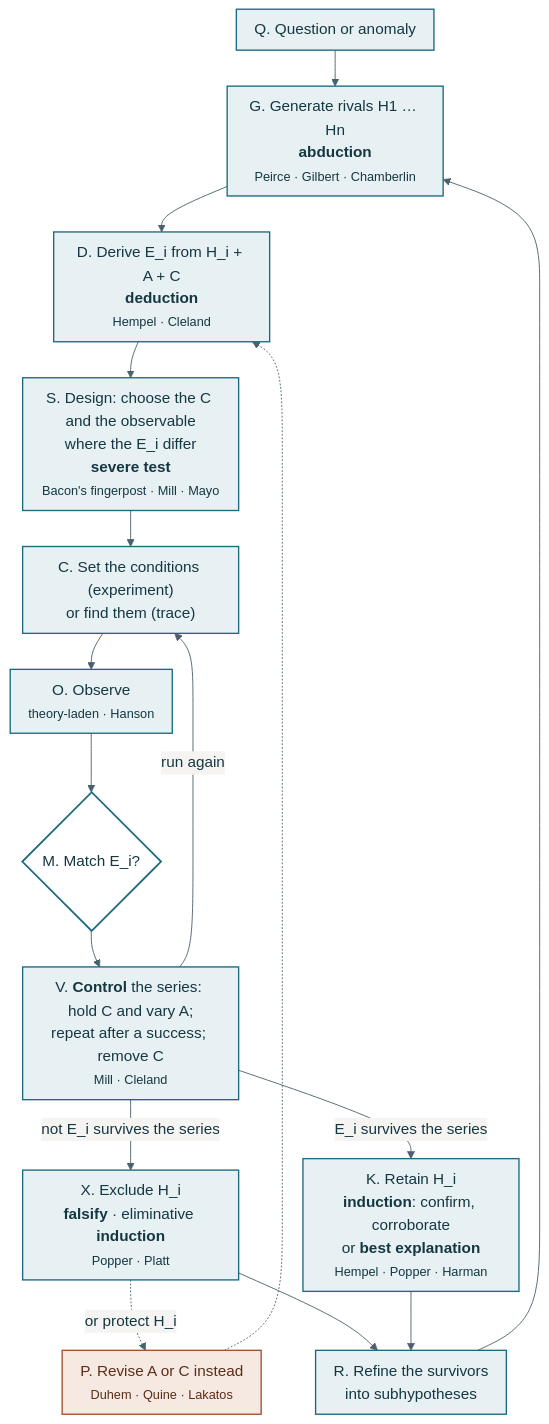
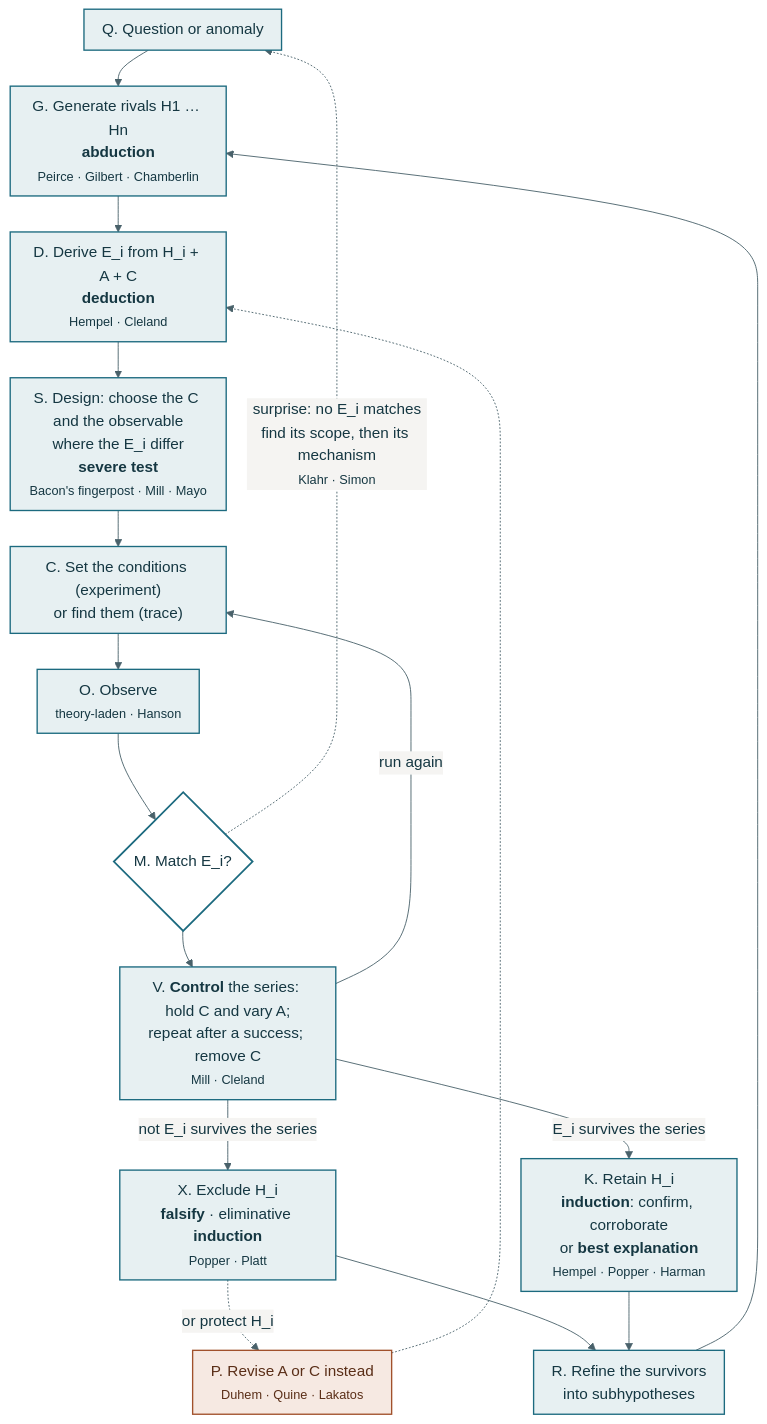
Before and after one commit to Denolle-Lab/metascience-and-AI: the diagram in unit.qmd, drawn with Mermaid. The commit also changed other lines of this file and 8 other files, not shown here.

First line of the commit message:
Graph v0.3 from Klahr and Simon 1999: the starting state, a sixth entry state, the surprise edge, and the search spaces on the nodes; skill 0.2.2; meeting 1 attributions corrected

````diff
--- a/unit.qmd
+++ b/unit.qmd
@@ -112,28 +136,29 @@
 ```{mermaid}
 %%| label: fig-unit
-%%| fig-cap: "The unit of inquiry as a workflow. Solid arrows are one pass; V is the control series Cleland says is the real unit of experimental work, and its loop back to C is where most laboratory time goes; the dashed arrow is the Duhem escape, revising an auxiliary or a condition instead of the hypothesis. Node letters are used in the tables below and in every meeting's ledger row."
+%%| fig-cap: "The unit of inquiry as a workflow. Solid arrows are one pass; V is the control series Cleland says is the real unit of experimental work, and its loop back to C is where most laboratory time goes; the dashed arrow from X is the Duhem escape, revising an auxiliary or a condition instead of the hypothesis; the dashed arrow from M is surprise, an outcome no rival predicted, which sends the search back to establish the new phenomenon and reframe the question. Node letters are used in the tables below and in every meeting's ledger row."
 %%{init: {"theme": "base", "themeVariables": {"fontSize": "17px", "fontFamily": "Source Serif 4, Georgia, serif", "primaryColor": "#e7f0f2", "primaryBorderColor": "#1c6a7f", "primaryTextColor": "#153742", "lineColor": "#49616a", "secondaryColor": "#ffffff", "tertiaryColor": "#f5f4f2", "edgeLabelBackground": "#f5f4f2"}, "flowchart": {"htmlLabels": true, "nodeSpacing": 26, "rankSpacing": 40, "curve": "basis", "padding": 10}}}%%
 flowchart TD
     Q["Q. Question or anomaly"] --> G["G. Generate rivals H1 … Hn<br/><b>abduction</b><br/><small>Peirce · Gilbert · Chamberlin</small>"]
     G --> D["D. Derive E_i from H_i + A + C<br/><b>deduction</b><br/><small>Hempel · Cleland</small>"]
     D --> S["S. Design: choose the C and the observable<br/>where the E_i differ<br/><b>severe test</b><br/><small>Bacon's fingerpost · Mill · Mayo</small>"]
     S --> C["C. Set the conditions (experiment)<br/>or find them (trace)"]
     C --> O["O. Observe<br/><small>theory-laden · Hanson</small>"]
     O --> M{"M. Match E_i?"}
     M --> V["V. <b>Control</b> the series: hold C and vary A;<br/>repeat after a success; remove C<br/><small>Mill · Cleland</small>"]
+    M -. "surprise: no E_i matches<br/>find its scope, then its mechanism<br/><small>Klahr · Simon</small>" .-> Q
     V -- "run again" --> C
     V -- "not E_i survives the series" --> X["X. Exclude H_i<br/><b>falsify</b> · eliminative <b>induction</b><br/><small>Popper · Platt</small>"]
     V -- "E_i survives the series" --> K["K. Retain H_i<br/><b>induction</b>: confirm, corroborate<br/>or <b>best explanation</b><br/><small>Hempel · Popper · Harman</small>"]
     X -. "or protect H_i" .-> P["P. Revise A or C instead<br/><small>Duhem · Quine · Lakatos</small>"]
     P -.-> D
     X --> R["R. Refine the survivors<br/>into subhypotheses"]
     K --> R
     R --> G
 
     classDef step fill:#e7f0f2,stroke:#1c6a7f,stroke-width:1.5px,color:#153742;
     classDef branch fill:#ffffff,stroke:#1c6a7f,stroke-width:2px,color:#153742;
     classDef escape fill:#f6e9e2,stroke:#a1512b,stroke-width:1.5px,color:#5a2e17;
     class Q,G,D,S,C,O,V,X,K,R step;
     class M branch;
     class P escape;
 ```
````
